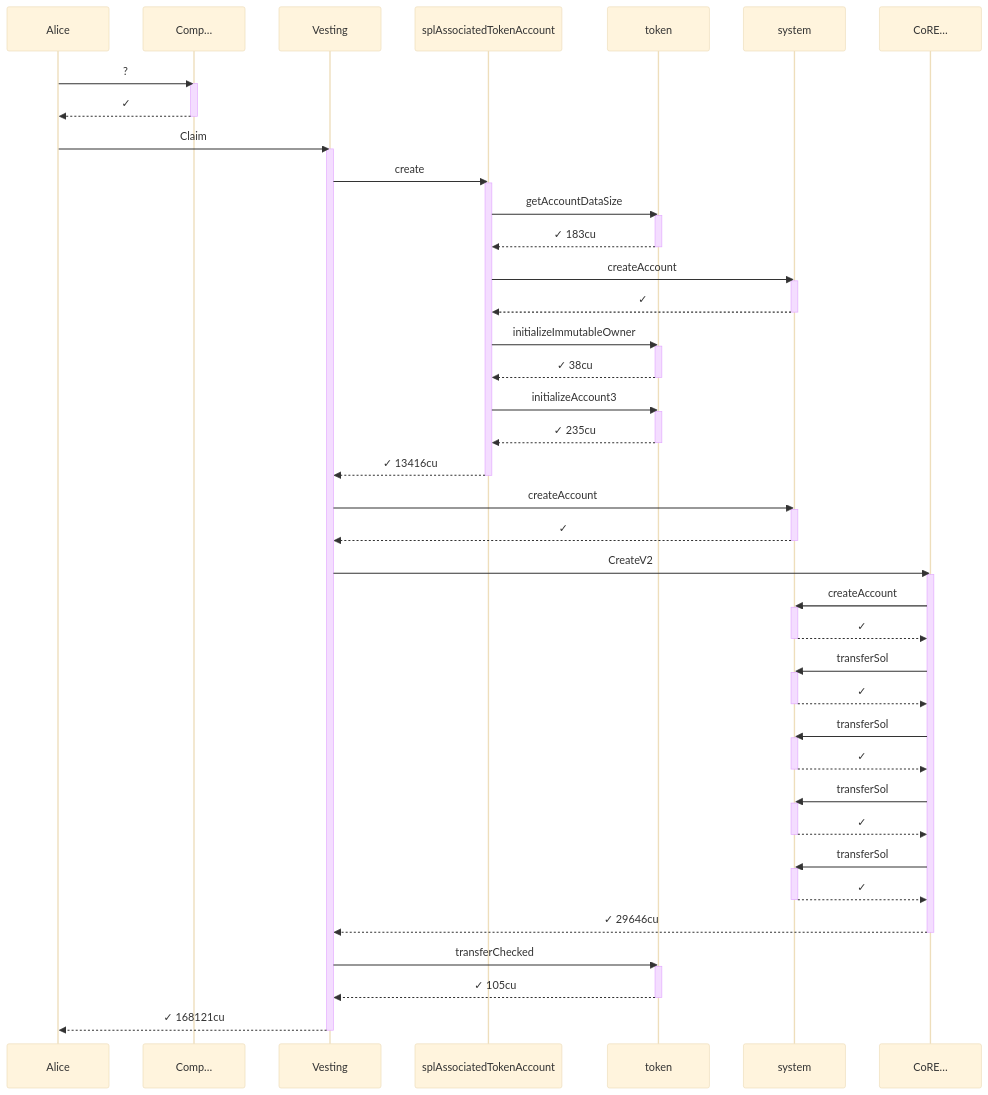
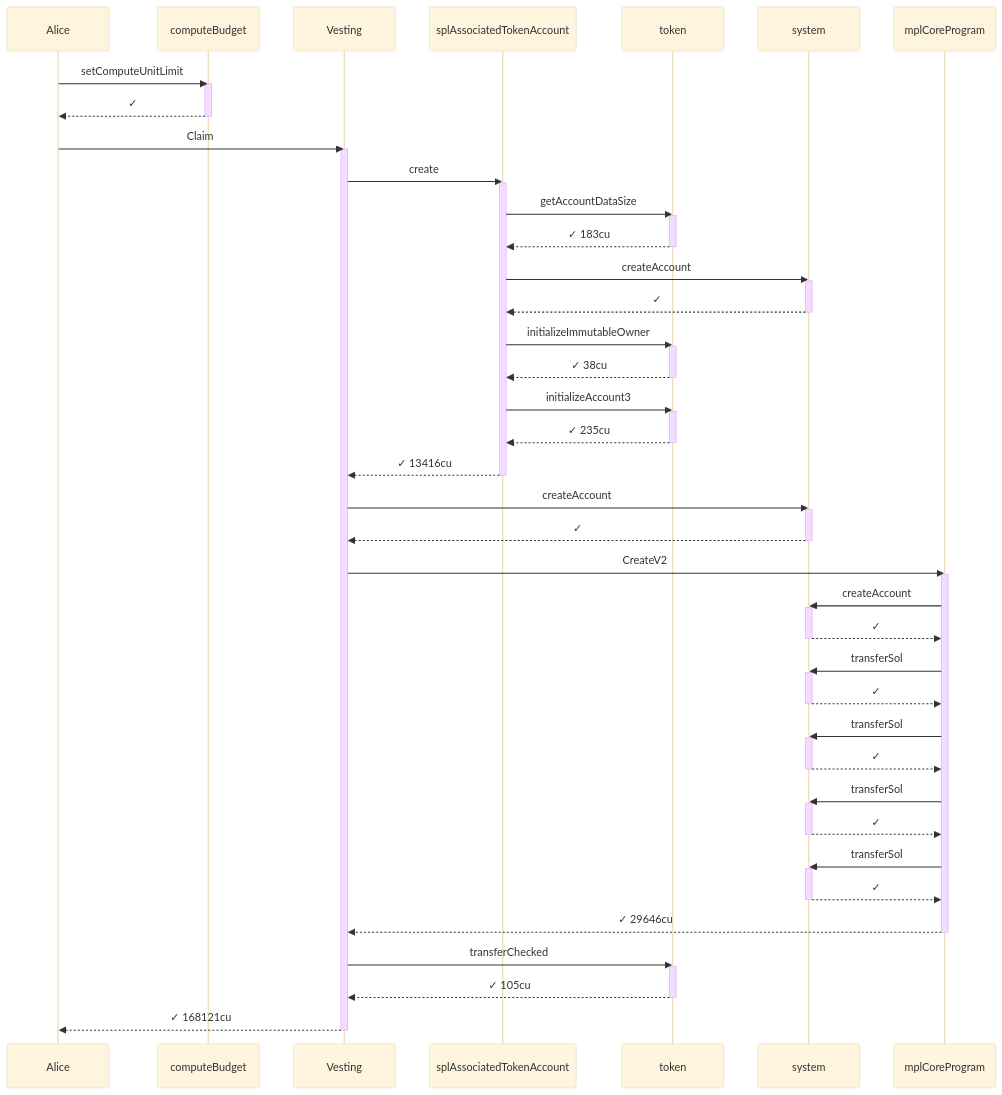
One commit to cds-turbin3/vesting-position changed the fourth of 12 diagrams in babelfish-tests/test-report/vested_tokens_are_forfeited_past_the_grace_window.md. Above: the diagram before and after it, drawn with Mermaid (base theme). The commit also changed other lines of this file and 106 other files, not shown here.

````diff
--- a/babelfish-tests/test-report/vested_tokens_are_forfeited_past_the_grace_window.md
+++ b/babelfish-tests/test-report/vested_tokens_are_forfeited_past_the_grace_window.md
@@ -221,70 +219,70 @@
 ```mermaid
 sequenceDiagram
     participant p0 as Alice
-    participant p1 as Comp…
+    participant p1 as computeBudget
     participant p2 as Vesting
     participant p3 as splAssociatedTokenAccount
     participant p4 as token
     participant p5 as system
-    participant p6 as CoRE…
-    p0->>p1: ?
+    participant p6 as mplCoreProgram
+    p0->>p1: setComputeUnitLimit
     activate p1
     p1-->>p0: ✓
     deactivate p1
     p0->>p2: Claim
     activate p2
     p2->>p3: create
     activate p3
     p3->>p4: getAccountDataSize
     activate p4
     p4-->>p3: ✓ 183cu
     deactivate p4
     p3->>p5: createAccount
     activate p5
     p5-->>p3: ✓
     deactivate p5
     p3->>p4: initializeImmutableOwner
     activate p4
     p4-->>p3: ✓ 38cu
     deactivate p4
     p3->>p4: initializeAccount3
     activate p4
     p4-->>p3: ✓ 235cu
     deactivate p4
     p3-->>p2: ✓ 13416cu
     deactivate p3
     p2->>p5: createAccount
     activate p5
     p5-->>p2: ✓
     deactivate p5
     p2->>p6: CreateV2
     activate p6
     p6->>p5: createAccount
     activate p5
     p5-->>p6: ✓
     deactivate p5
     p6->>p5: transferSol
     activate p5
     p5-->>p6: ✓
     deactivate p5
     p6->>p5: transferSol
     activate p5
     p5-->>p6: ✓
     deactivate p5
     p6->>p5: transferSol
     activate p5
     p5-->>p6: ✓
     deactivate p5
     p6->>p5: transferSol
     activate p5
     p5-->>p6: ✓
     deactivate p5
     p6-->>p2: ✓ 29646cu
     deactivate p6
     p2->>p4: transferChecked
     activate p4
     p4-->>p2: ✓ 105cu
     deactivate p4
     p2-->>p0: ✓ 168121cu
     deactivate p2
 ```
````
